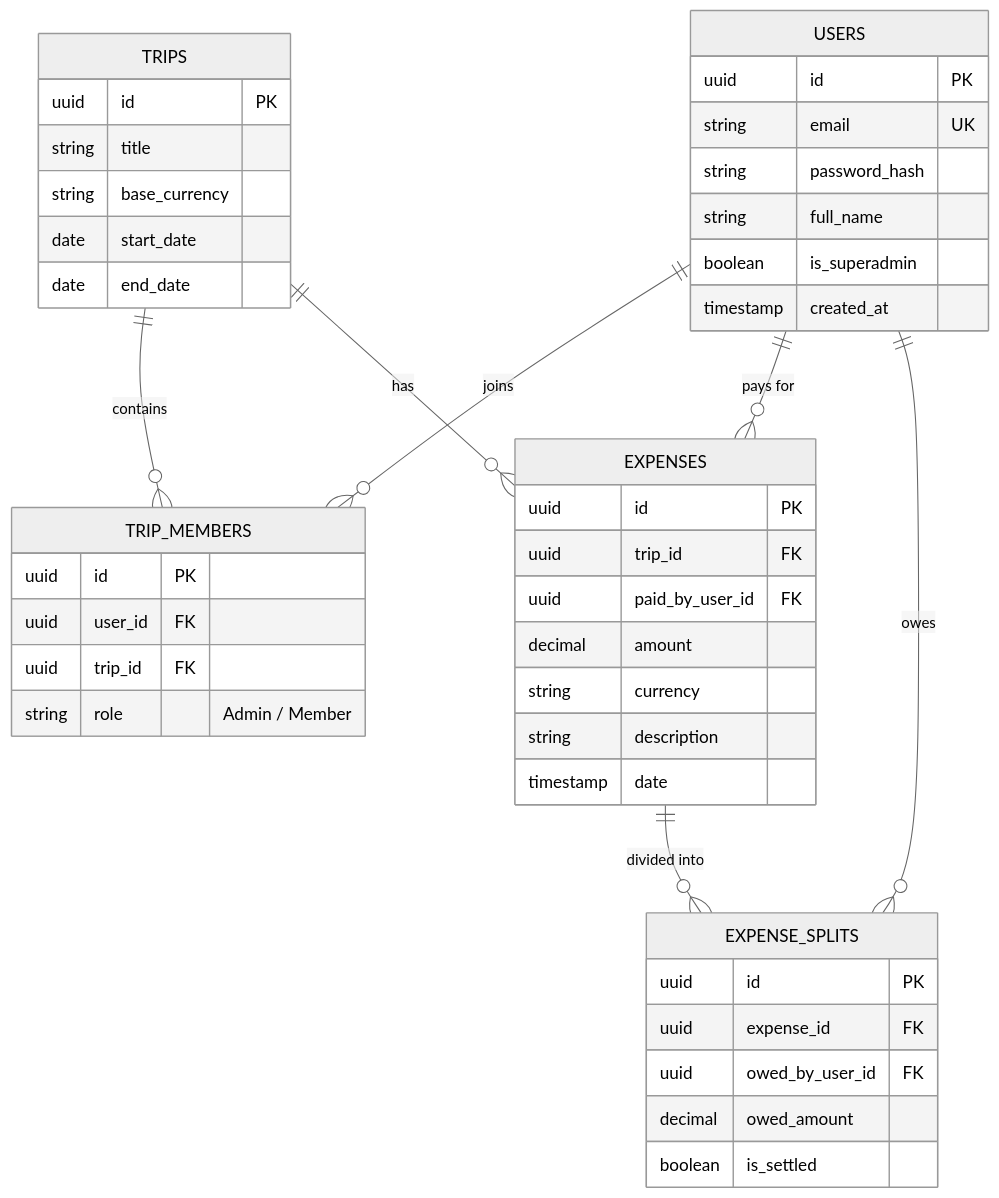
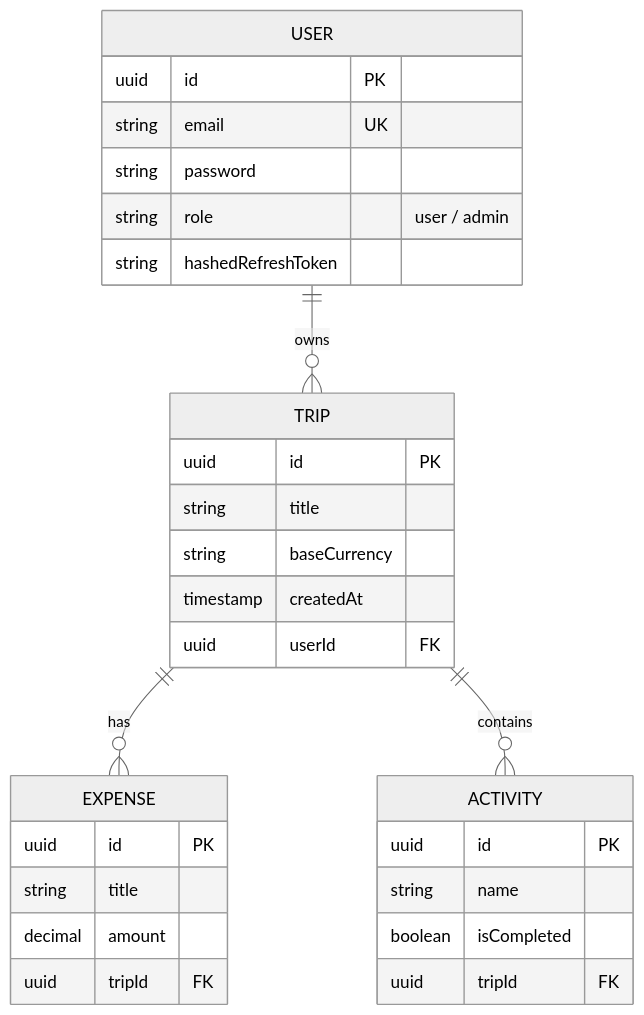
The fourth of 4 diagrams in travel-sync-backend/Reportlab2.md (yoliyko/TRVD_2026_403TN_Oliinyk_Labs), drawn with Mermaid (neutral theme) before and after one commit. The commit also changed other lines of this file and 1 other file, not shown here.

````diff
--- a/travel-sync-backend/Reportlab2.md
+++ b/travel-sync-backend/Reportlab2.md
@@ -114,47 +88,33 @@
 ```mermaid
 erDiagram
-    USERS {
+    USER {
         uuid id PK
         string email UK
-        string password_hash
-        string full_name
-        boolean is_superadmin 
-        timestamp created_at
+        string password
+        string role "user / admin"
+        string hashedRefreshToken
     }
-    TRIPS {
+    TRIP {
         uuid id PK
         string title
-        string base_currency
-        date start_date
-        date end_date
+        string baseCurrency
+        timestamp createdAt
+        uuid userId FK
     }
-    TRIP_MEMBERS {
+    EXPENSE {
         uuid id PK
-        uuid user_id FK
-        uuid trip_id FK
-        string role "Admin / Member"
+        string title
+        decimal amount
+        uuid tripId FK
     }
-    EXPENSES {
+    ACTIVITY {
         uuid id PK
-        uuid trip_id FK
-        uuid paid_by_user_id FK
-        decimal amount
-        string currency
-        string description
-        timestamp date
-    }
-    EXPENSE_SPLITS {
-        uuid id PK
-        uuid expense_id FK
-        uuid owed_by_user_id FK
-        decimal owed_amount
-        boolean is_settled
+        string name
+        boolean isCompleted
+        uuid tripId FK
     }
 
-    USERS ||--o{ TRIP_MEMBERS : "joins"
-    TRIPS ||--o{ TRIP_MEMBERS : "contains"
-    TRIPS ||--o{ EXPENSES : "has"
-    USERS ||--o{ EXPENSES : "pays for"
-    EXPENSES ||--o{ EXPENSE_SPLITS : "divided into"
-    USERS ||--o{ EXPENSE_SPLITS : "owes"
+    USER ||--o{ TRIP : "owns"
+    TRIP ||--o{ EXPENSE : "has"
+    TRIP ||--o{ ACTIVITY : "contains"
 ```
````
